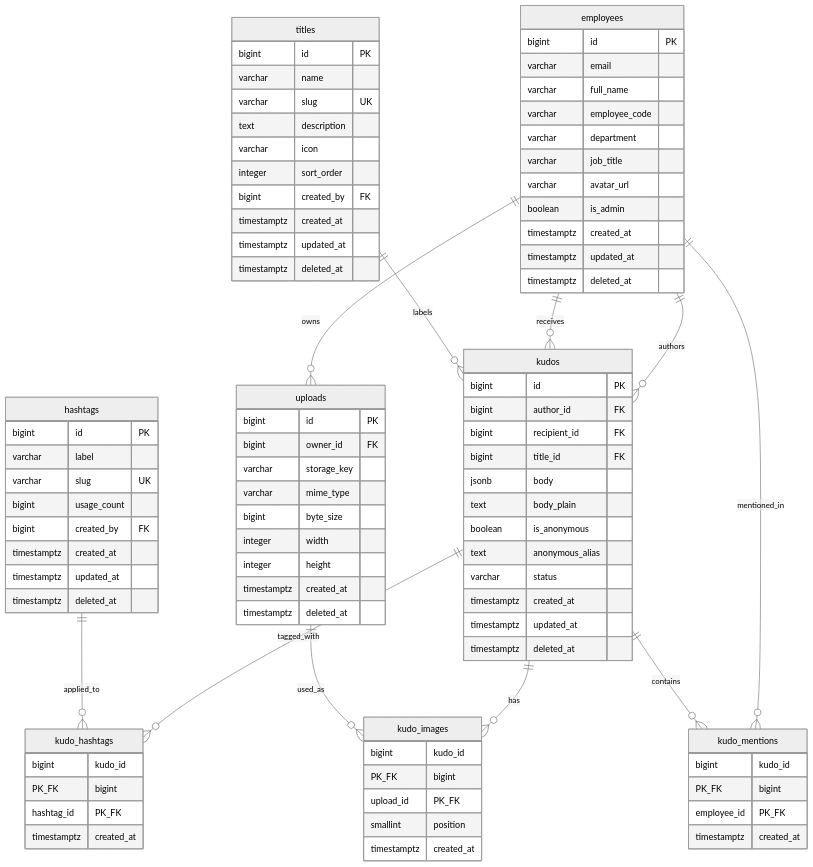
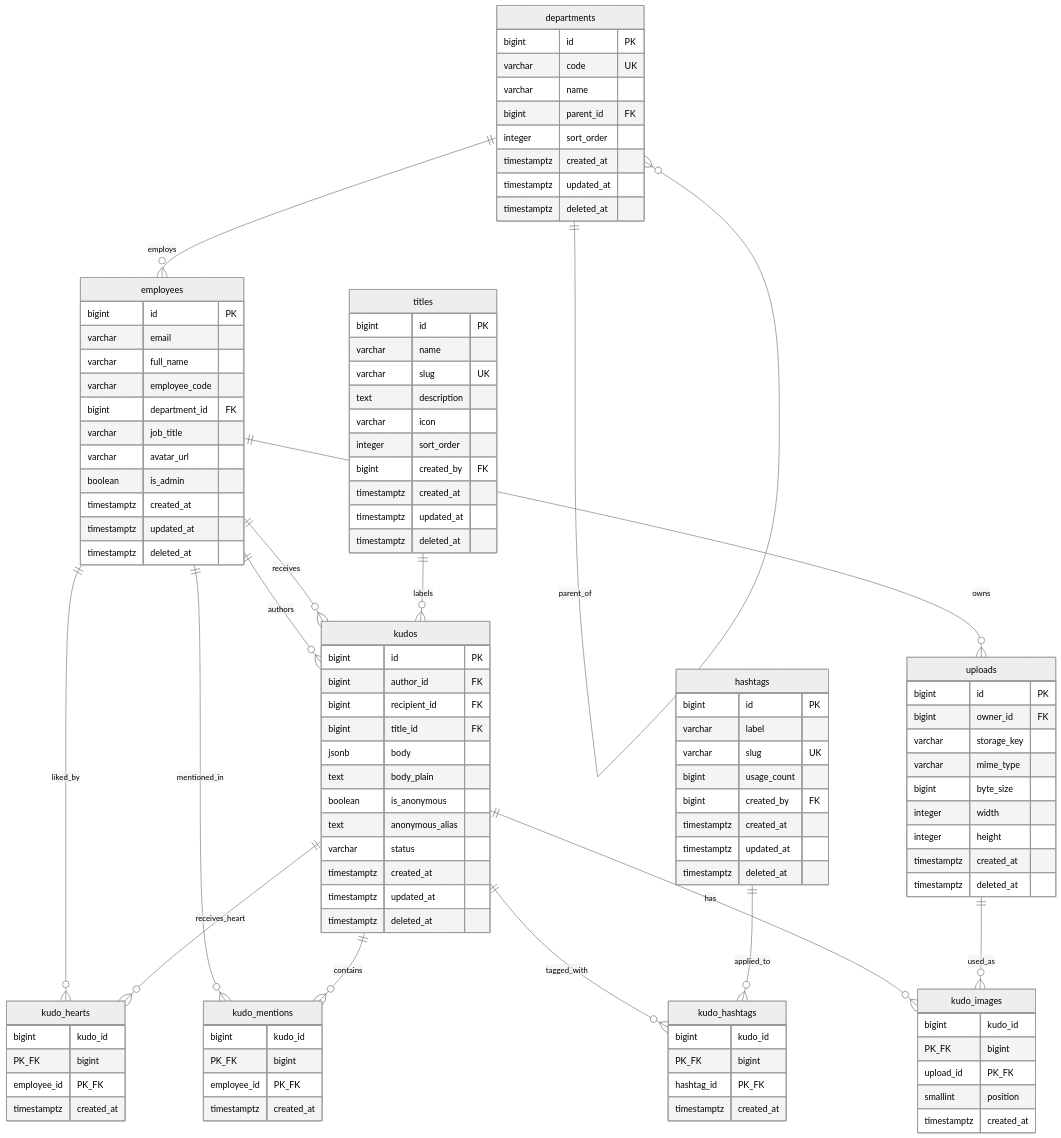
Before and after one commit to minhtn-2278/saa-project: the diagram in .momorph/contexts/DATABASE_DESIGN.mmd, drawn with Mermaid (neutral theme). The commit also changed 58 other files, not shown here.

```diff
--- a/.momorph/contexts/DATABASE_DESIGN.mmd
+++ b/.momorph/contexts/DATABASE_DESIGN.mmd
@@ -1,99 +1,122 @@
 erDiagram
+    departments ||--o{ employees : "employs"
+    departments ||--o{ departments : "parent_of"
+
     employees ||--o{ kudos : "authors"
     employees ||--o{ kudos : "receives"
     employees ||--o{ uploads : "owns"
     employees ||--o{ kudo_mentions : "mentioned_in"
+    employees ||--o{ kudo_hearts : "liked_by"
 
     titles ||--o{ kudos : "labels"
 
     kudos ||--o{ kudo_hashtags : "tagged_with"
     hashtags ||--o{ kudo_hashtags : "applied_to"
 
     kudos ||--o{ kudo_images : "has"
     uploads ||--o{ kudo_images : "used_as"
 
     kudos ||--o{ kudo_mentions : "contains"
 
+    kudos ||--o{ kudo_hearts : "receives_heart"
+
+    departments {
+        bigint id PK
+        varchar code UK
+        varchar name
+        bigint parent_id FK
+        integer sort_order
+        timestamptz created_at
+        timestamptz updated_at
+        timestamptz deleted_at
+    }
+
     employees {
         bigint id PK
         varchar email
         varchar full_name
         varchar employee_code
-        varchar department
+        bigint department_id FK
         varchar job_title
         varchar avatar_url
         boolean is_admin
         timestamptz created_at
         timestamptz updated_at
         timestamptz deleted_at
     }
 
     titles {
         bigint id PK
         varchar name
         varchar slug UK
         text description
         varchar icon
         integer sort_order
         bigint created_by FK
         timestamptz created_at
         timestamptz updated_at
         timestamptz deleted_at
     }
 
     hashtags {
         bigint id PK
         varchar label
         varchar slug UK
         bigint usage_count
         bigint created_by FK
         timestamptz created_at
         timestamptz updated_at
         timestamptz deleted_at
     }
 
     uploads {
         bigint id PK
         bigint owner_id FK
         varchar storage_key
         varchar mime_type
         bigint byte_size
         integer width
         integer height
         timestamptz created_at
         timestamptz deleted_at
     }
 
     kudos {
         bigint id PK
         bigint author_id FK
         bigint recipient_id FK
         bigint title_id FK
         jsonb body
         text body_plain
         boolean is_anonymous
         text anonymous_alias
         varchar status
         timestamptz created_at
         timestamptz updated_at
         timestamptz deleted_at
     }
 
     kudo_hashtags {
         bigint kudo_id PK_FK
         bigint hashtag_id PK_FK
         timestamptz created_at
     }
 
     kudo_images {
         bigint kudo_id PK_FK
         bigint upload_id PK_FK
         smallint position
         timestamptz created_at
     }
 
     kudo_mentions {
         bigint kudo_id PK_FK
         bigint employee_id PK_FK
         timestamptz created_at
     }
+
+    kudo_hearts {
+        bigint kudo_id PK_FK
+        bigint employee_id PK_FK
+        timestamptz created_at
+    }
```
